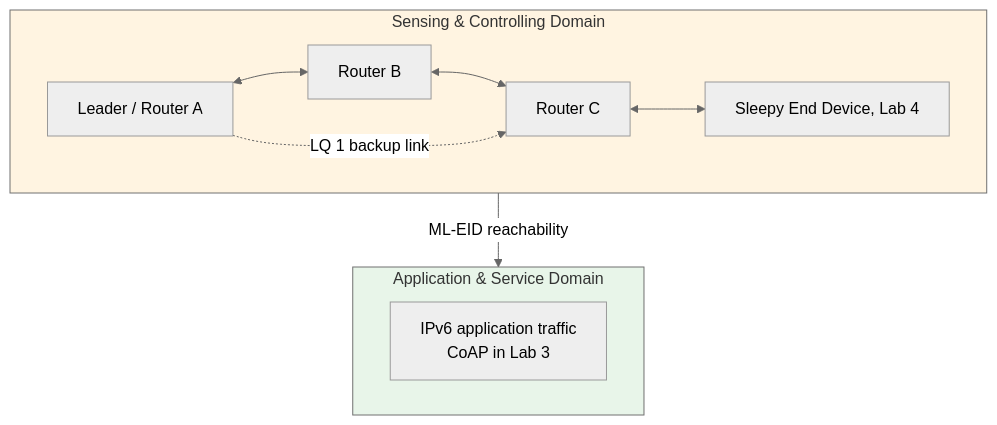
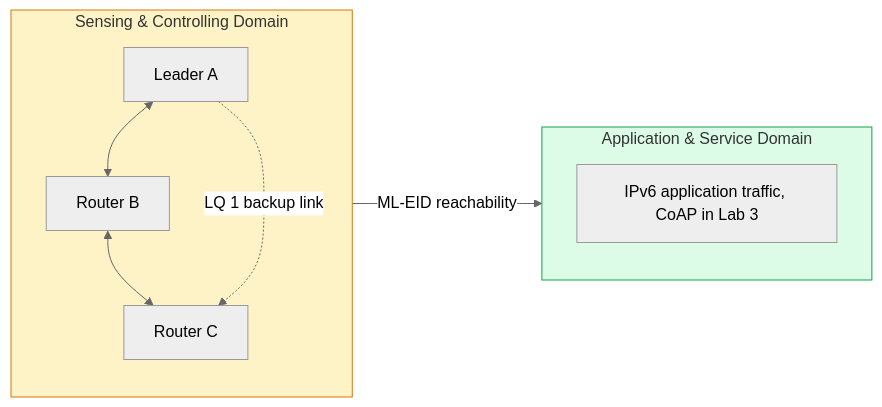
The diagram in labs/lab2.md (Giraldo0712/4201327-iot_systems_design), drawn with Mermaid (neutral theme) before and after one commit. The commit also changed other lines of this file and 11 other files, not shown here.

````diff
--- a/labs/lab2.md
+++ b/labs/lab2.md
@@ -278,15 +114,13 @@
 ```mermaid
-graph TD
+graph LR
     subgraph SCD [Sensing & Controlling Domain]
-        Leader[Leader / Router A] <--> Router1[Router B]
-        Router1 <--> Router2[Router C]
-        Leader -.->|LQ 1 backup link| Router2
-        Router2 <--> EndDevice[Sleepy End Device, Lab 4]
+        A[Leader A] <--> B[Router B] <--> C[Router C]
+        A -.->|LQ 1 backup link| C
     end
     subgraph ASD [Application & Service Domain]
-        AppTraffic[IPv6 application traffic<br/>CoAP in Lab 3]
+        App[IPv6 application traffic, CoAP in Lab 3]
     end
     SCD -->|ML-EID reachability| ASD
-    style SCD fill:#fff4e1
-    style ASD fill:#e8f5e9
+    style SCD fill:#fef3c7,stroke:#d97706
+    style ASD fill:#dcfce7,stroke:#16a34a
 ```
````
